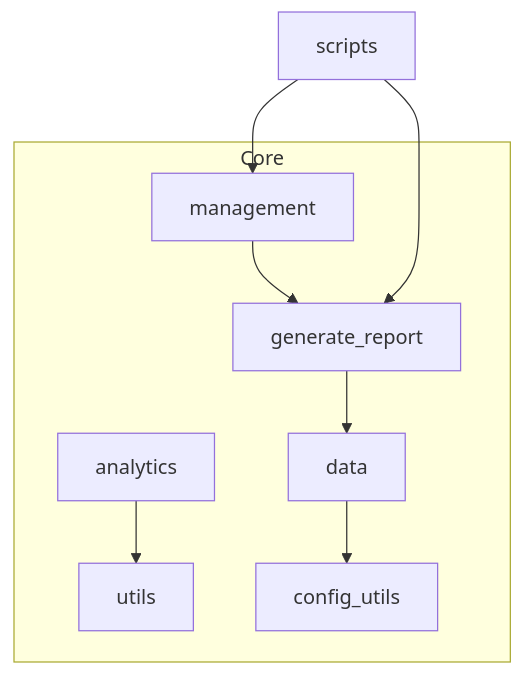
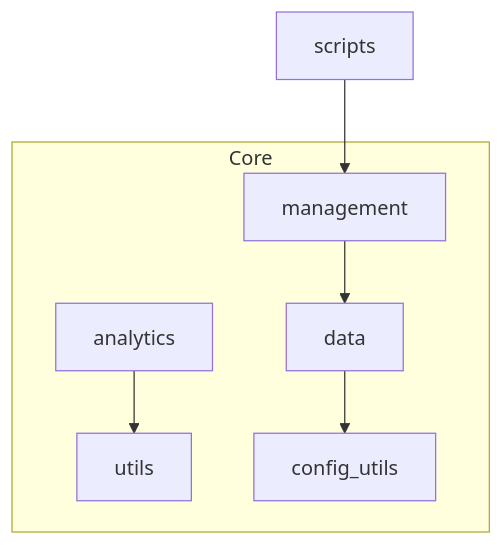
Before and after one commit to VeraLIMS/Fundalyze: the diagram in docs/module_diagrams.md, drawn with Mermaid. The commit also changed 50 other files, not shown here.

````diff
--- a/docs/module_diagrams.md
+++ b/docs/module_diagrams.md
@@ -3,11 +3,9 @@
 ```mermaid
 graph TD;
     subgraph Core
         analytics --> utils
         data --> config_utils
-        generate_report --> data
-        management --> generate_report
+        management --> data
     end
     scripts --> management
-    scripts --> generate_report
 ```
````
